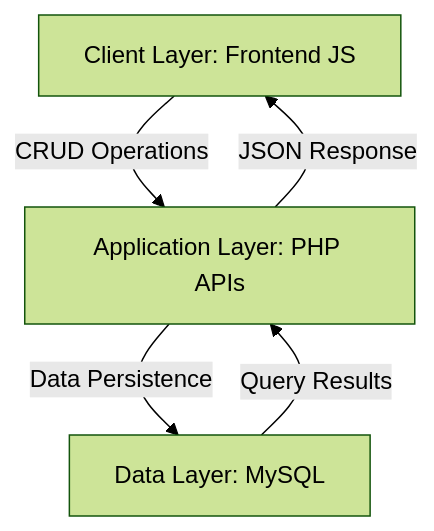
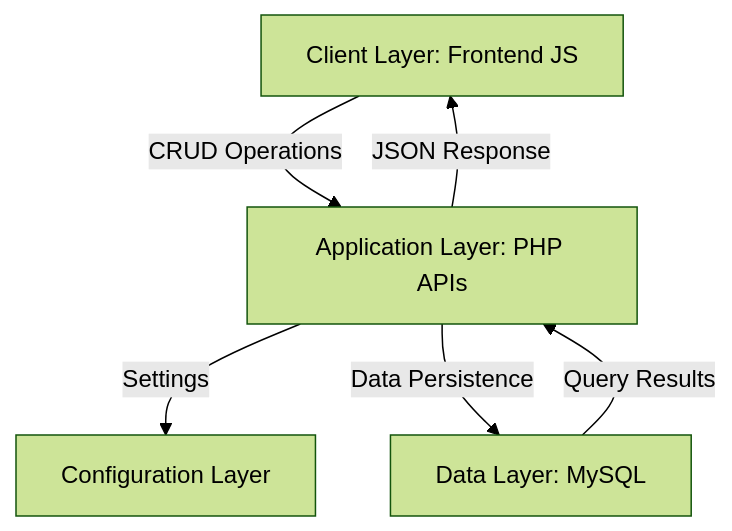
The first of 3 diagrams in memory-bank/systemPatterns.md (hermesthecat/odeme_takip_php), drawn with Mermaid (forest theme) before and after one commit. The commit also changed other lines of this file and 4 other files, not shown here.

````diff
--- a/memory-bank/systemPatterns.md
+++ b/memory-bank/systemPatterns.md
@@ -7,11 +38,13 @@
 ```mermaid
 graph TD
     Client[Client Layer: Frontend JS]
     API[Application Layer: PHP APIs]
+    Config[Configuration Layer]
     DB[Data Layer: MySQL]
     
     Client --> |CRUD Operations| API
+    API --> |Settings| Config
     API --> |Data Persistence| DB
     DB --> |Query Results| API
     API --> |JSON Response| Client
 ```
````
